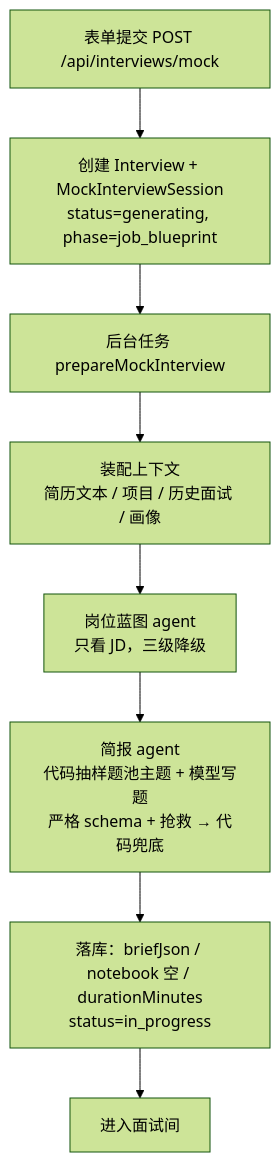
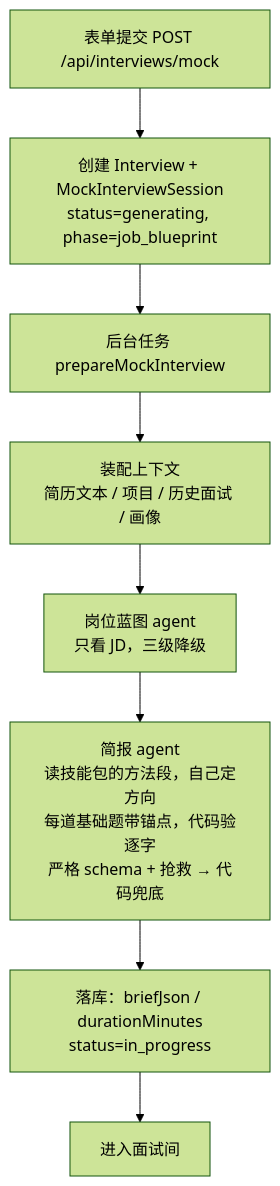
One commit to yuecao365/OfferCome changed the diagram in docs/interview-flow-before.md. Above: the diagram before and after it, drawn with Mermaid (forest theme). The commit also changed other lines of this file and 128 other files, not shown here.

````diff
--- a/docs/interview-flow-before.md
+++ b/docs/interview-flow-before.md
@@ -8,10 +8,10 @@
 ```mermaid
 flowchart TD
   F[表单提交 POST /api/interviews/mock] --> C[创建 Interview + MockInterviewSession<br/>status=generating, phase=job_blueprint]
   C --> BG[后台任务 prepareMockInterview]
   BG --> CTX[装配上下文<br/>简历文本 / 项目 / 历史面试 / 画像]
   CTX --> BP[岗位蓝图 agent<br/>只看 JD，三级降级]
-  BP --> BRIEF[简报 agent<br/>代码抽样题池主题 + 模型写题<br/>严格 schema + 抢救 → 代码兜底]
-  BRIEF --> SAVE[落库：briefJson / notebook 空 / durationMinutes<br/>status=in_progress]
+  BP --> BRIEF[简报 agent<br/>读技能包的方法段，自己定方向<br/>每道基础题带锚点，代码验逐字<br/>严格 schema + 抢救 → 代码兜底]
+  BRIEF --> SAVE[落库：briefJson / durationMinutes<br/>status=in_progress]
   SAVE --> ROOM[进入面试间]
 ```
````
